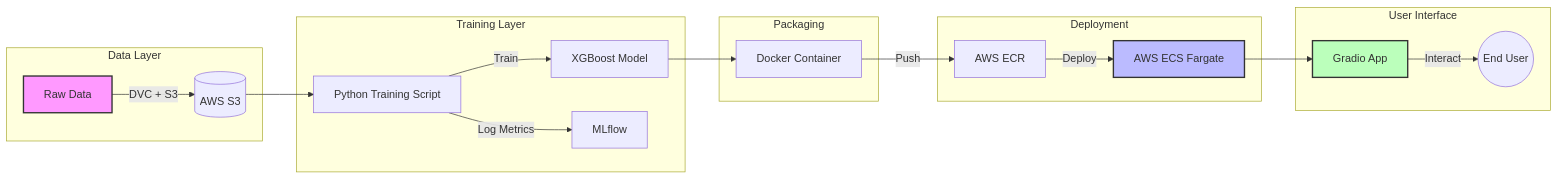
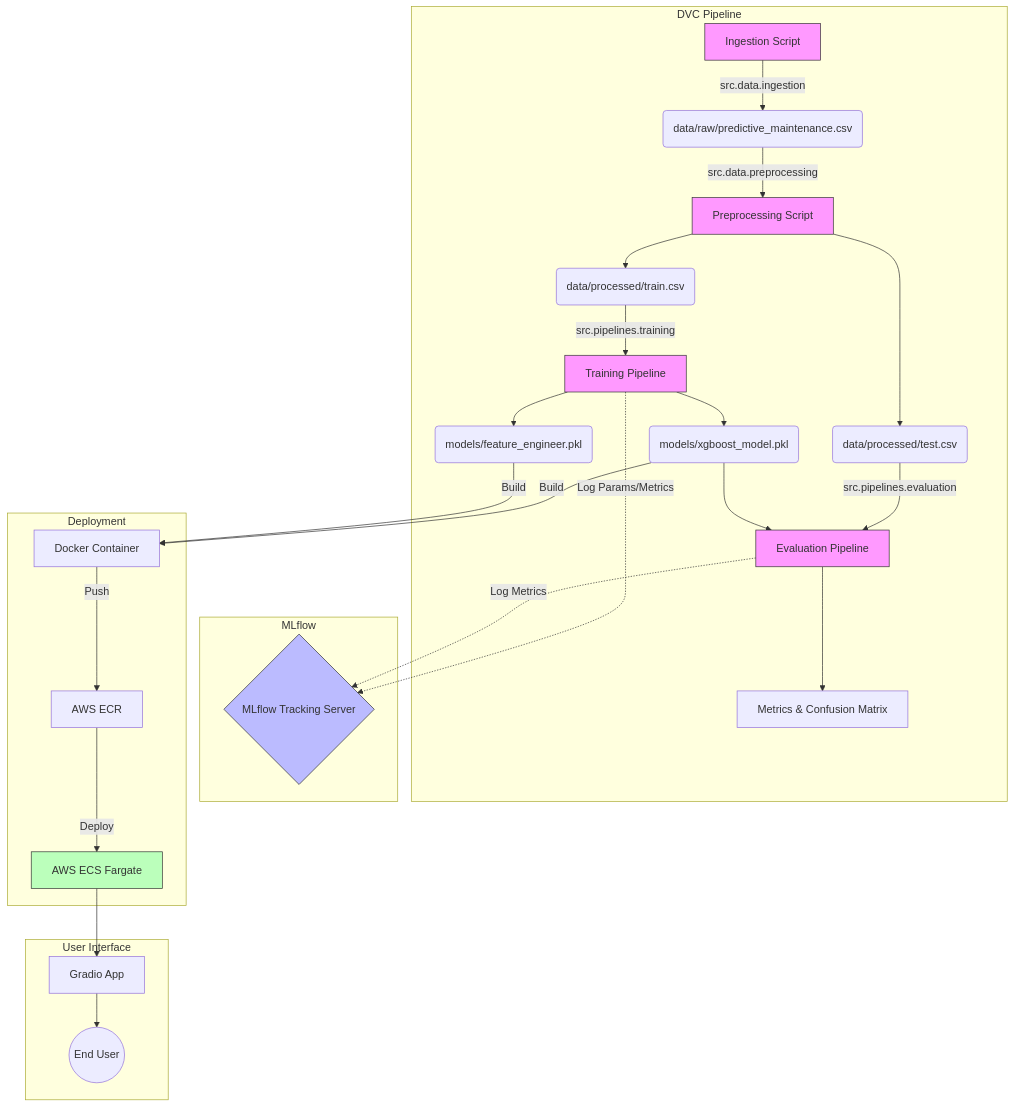
One commit to aymanz12/predictive-maintenance changed the diagram in README.md. Above: the diagram before and after it, drawn with Mermaid.

Commit message:
Update architecture diagram to reflect DVC pipeline

````diff
--- a/README.md
+++ b/README.md
@@ -9,30 +9,39 @@
 ```mermaid
-graph LR
-    subgraph Data Layer
-        A[Raw Data] -->|DVC + S3| B[(AWS S3)]
+graph TD
+    subgraph DVC Pipeline
+        A[Ingestion Script] -->|src.data.ingestion| B(data/raw/predictive_maintenance.csv)
+        B -->|src.data.preprocessing| C[Preprocessing Script]
+        C --> D(data/processed/train.csv)
+        C --> E(data/processed/test.csv)
+        D -->|src.pipelines.training| F[Training Pipeline]
+        F --> G(models/xgboost_model.pkl)
+        F --> H(models/feature_engineer.pkl)
+        E -->|src.pipelines.evaluation| I[Evaluation Pipeline]
+        G --> I
+        I --> J[Metrics & Confusion Matrix]
     end
-    
-    subgraph Training Layer
-        B --> C[Python Training Script]
-        C -->|Train| D[XGBoost Model]
-        C -->|Log Metrics| E[MLflow]
+
+    subgraph MLflow
+        F -.->|Log Params/Metrics| K{MLflow Tracking Server}
+        I -.->|Log Metrics| K
     end
-    
-    subgraph Packaging
-        D --> F[Docker Container]
+
+    subgraph Deployment
+        G -->|Build| L[Docker Container]
+        H -->|Build| L
+        L -->|Push| M[AWS ECR]
+        M -->|Deploy| N[AWS ECS Fargate]
     end
-    
-    subgraph Deployment
-        F -->|Push| G[AWS ECR]
-        G -->|Deploy| H[AWS ECS Fargate]
+
+    subgraph User Interface
+        N --> O[Gradio App]
+        O --> P((End User))
     end
-    
-    subgraph User Interface
-        H --> I[Gradio App]
-        I -->|Interact| J((End User))
-    end
-    
-    style A fill:#f9f,stroke:#333,stroke-width:2px
-    style H fill:#bbf,stroke:#333,stroke-width:2px
-    style I fill:#bfb,stroke:#333,stroke-width:2px
+
+    style A fill:#f9f,stroke:#333
+    style C fill:#f9f,stroke:#333
+    style F fill:#f9f,stroke:#333
+    style I fill:#f9f,stroke:#333
+    style K fill:#bbf,stroke:#333
+    style N fill:#bfb,stroke:#333
 ```
````
